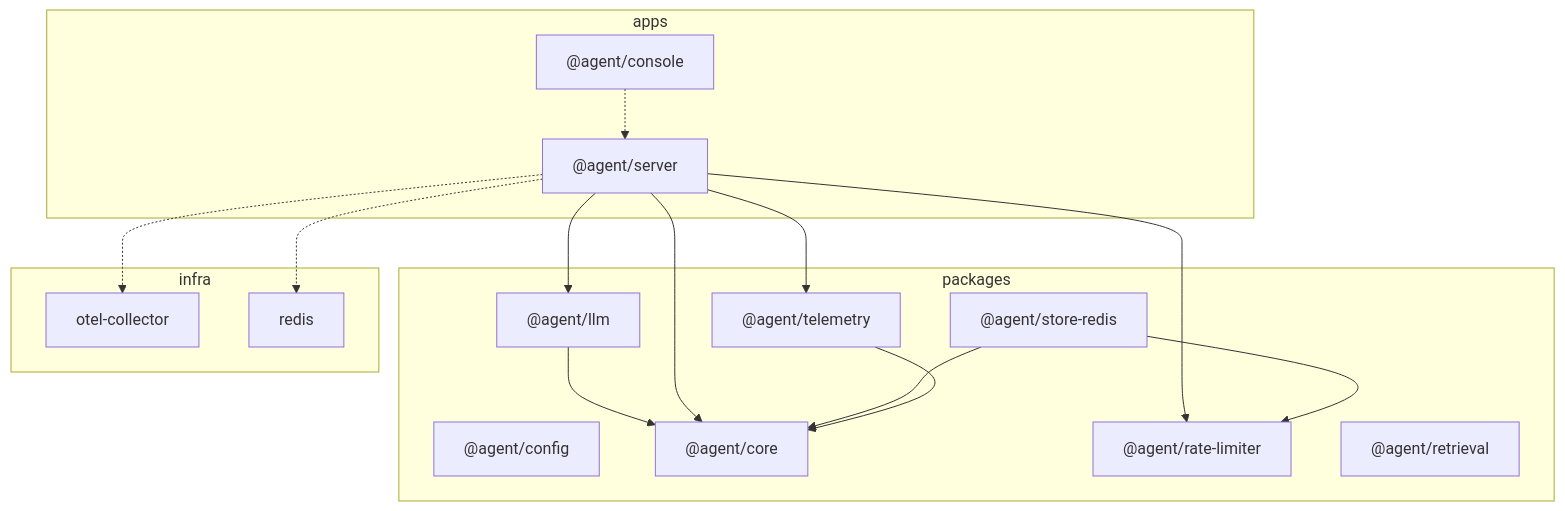
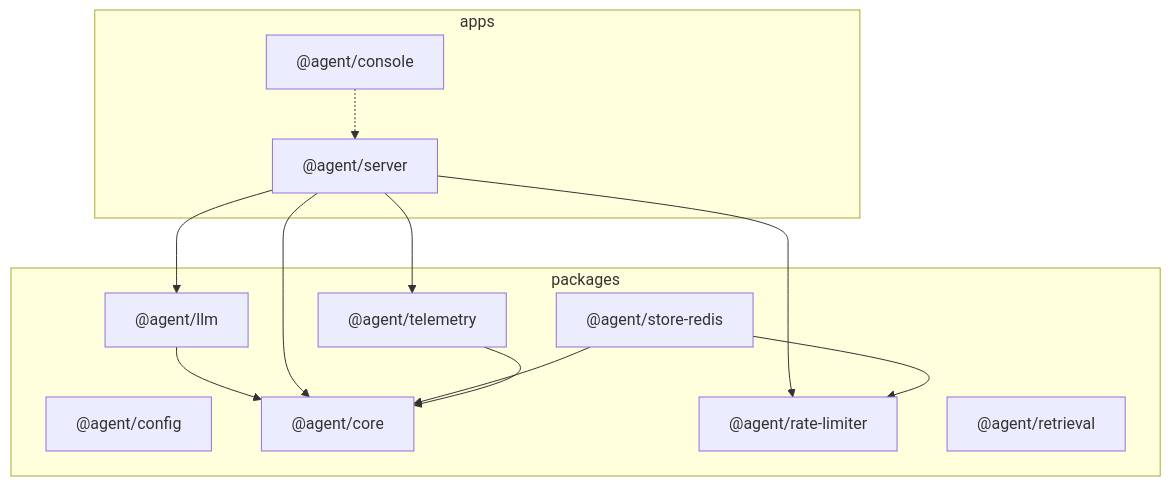
The diagram in docs/architecture.md (ThomasHartDev/turbo-agent-kit), drawn with Mermaid before and after one commit. The commit also changed other lines of this file and 5 other files, not shown here.

First line of the commit message:
fix: align architecture graph and runbook with running processes

````diff
--- a/docs/architecture.md
+++ b/docs/architecture.md
@@ -5,31 +5,25 @@
 ```mermaid
 flowchart TB
   subgraph packages["packages"]
     n__agent_config["@agent/config"]
     n__agent_core["@agent/core"]
     n__agent_llm["@agent/llm"]
     n__agent_rate_limiter["@agent/rate-limiter"]
     n__agent_retrieval["@agent/retrieval"]
     n__agent_store_redis["@agent/store-redis"]
     n__agent_telemetry["@agent/telemetry"]
   end
   subgraph apps["apps"]
     n__agent_console["@agent/console"]
     n__agent_server["@agent/server"]
   end
-  subgraph infra["infra"]
-    n_otel_collector["otel-collector"]
-    n_redis["redis"]
-  end
   n__agent_console -.-> n__agent_server
   n__agent_llm --> n__agent_core
   n__agent_server --> n__agent_core
   n__agent_server --> n__agent_llm
   n__agent_server --> n__agent_rate_limiter
   n__agent_server --> n__agent_telemetry
-  n__agent_server -.-> n_otel_collector
-  n__agent_server -.-> n_redis
   n__agent_store_redis --> n__agent_core
   n__agent_store_redis --> n__agent_rate_limiter
   n__agent_telemetry --> n__agent_core
 ```
````
